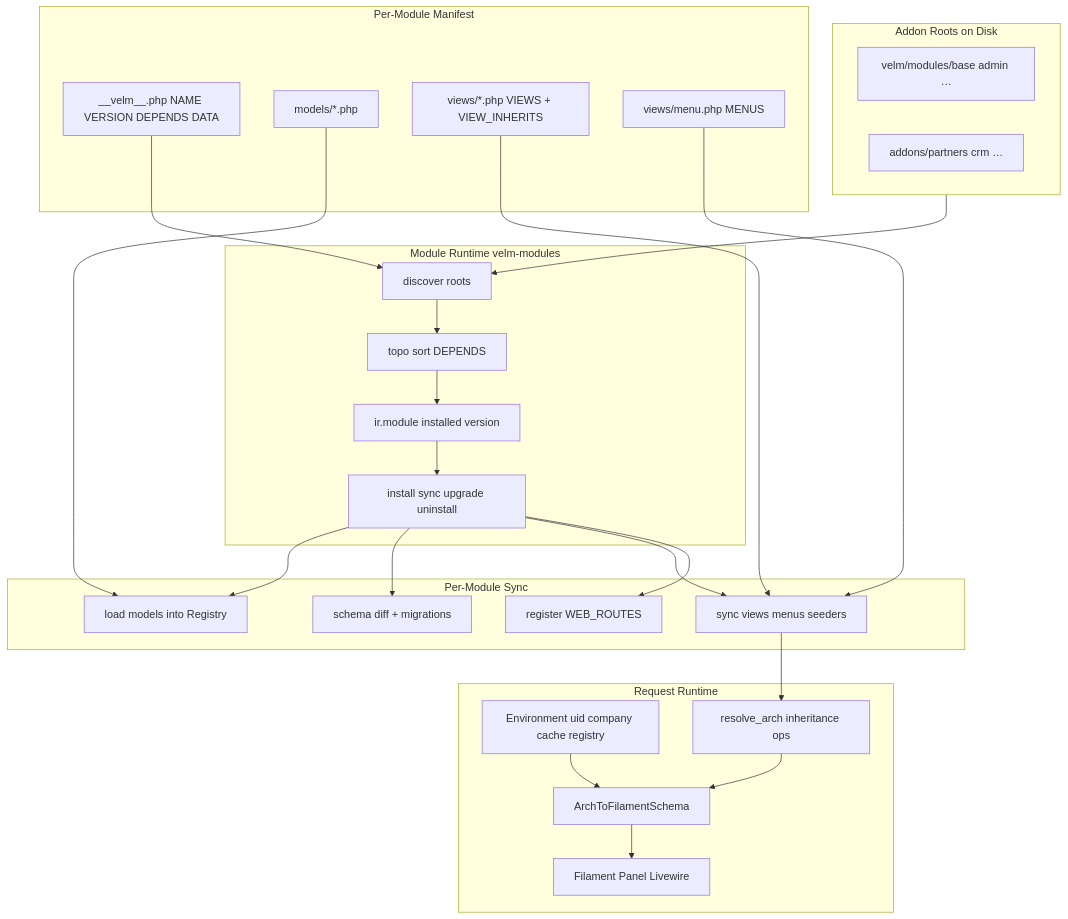
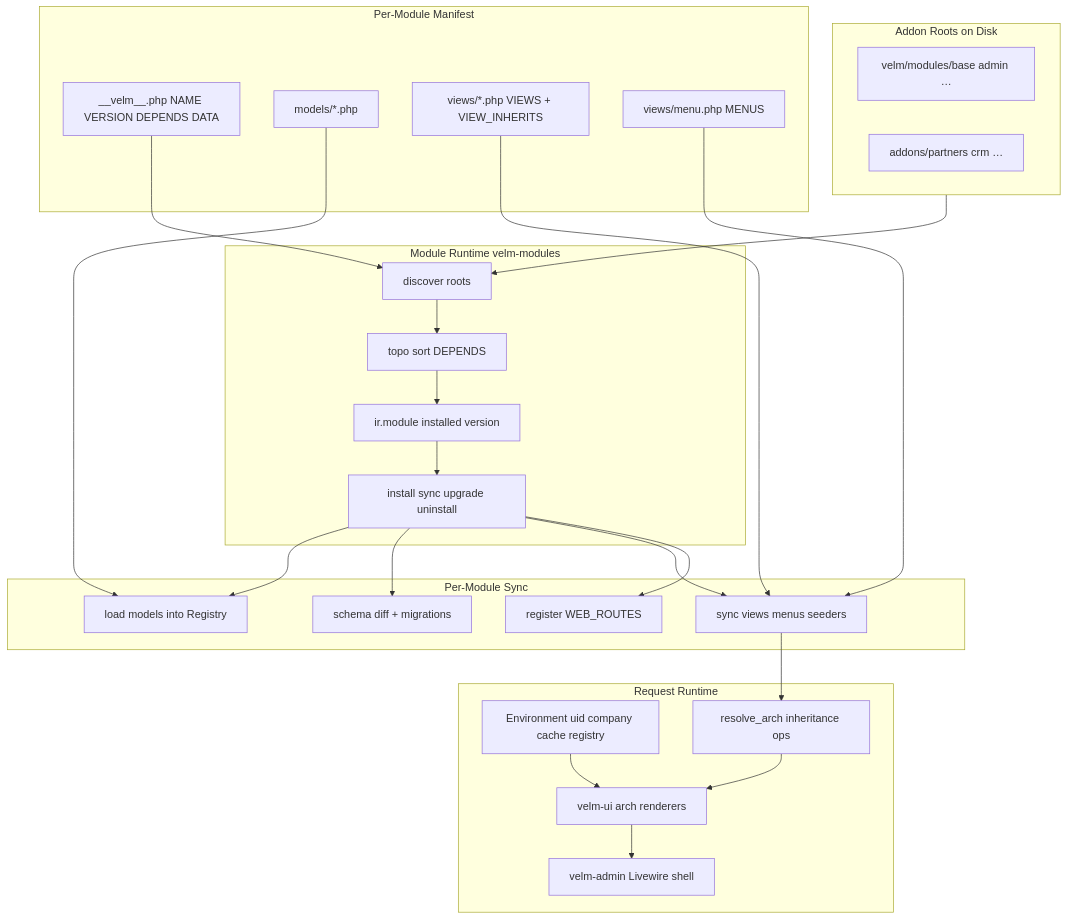
The first of 9 diagrams in PLAN.md (velmphp/velm), drawn with Mermaid before and after one commit. The commit also changed other lines of this file and 300 other files, not shown here.

First line of the commit message:
Add Velm admin platform: Livewire shell, relational UI, and ops tooling

````diff
--- a/PLAN.md
+++ b/PLAN.md
@@ -58,52 +80,52 @@
 ```mermaid
 flowchart TB
   subgraph addonRoots [Addon Roots on Disk]
     BuiltinMods["velm/modules/base admin …"]
     AppMods["addons/partners crm …"]
   end
 
   subgraph manifest [Per-Module Manifest]
     VelmPHP["__velm__.php NAME VERSION DEPENDS DATA"]
     ModelsPHP["models/*.php"]
     ViewsPHP["views/*.php VIEWS + VIEW_INHERITS"]
     MenusPHP["views/menu.php MENUS"]
   end
 
   subgraph moduleRuntime [Module Runtime velm-modules]
     Discover["discover roots"]
     ResolveOrder["topo sort DEPENDS"]
     IrModule["ir.module installed version"]
     Loader["install sync upgrade uninstall"]
   end
 
   subgraph sync [Per-Module Sync]
     LoadModels["load models into Registry"]
     SchemaApply["schema diff + migrations"]
     SyncData["sync views menus seeders"]
     WebRoutes["register WEB_ROUTES"]
   end
 
   subgraph runtime [Request Runtime]
     Env["Environment uid company cache registry"]
     ResolveArch["resolve_arch inheritance ops"]
-    FilamentBridge["ArchToFilamentSchema"]
-    FilamentUI["Filament Panel Livewire"]
+    LivewireBridge["velm-ui arch renderers"]
+    VelmShell["velm-admin Livewire shell"]
   end
 
   addonRoots --> Discover
   VelmPHP --> Discover
   Discover --> ResolveOrder
   ResolveOrder --> IrModule
   IrModule --> Loader
   Loader --> LoadModels
   Loader --> SchemaApply
   Loader --> SyncData
   Loader --> WebRoutes
   ModelsPHP --> LoadModels
   ViewsPHP --> SyncData
   MenusPHP --> SyncData
   SyncData --> ResolveArch
-  ResolveArch --> FilamentBridge
-  FilamentBridge --> FilamentUI
-  Env --> FilamentBridge
+  ResolveArch --> LivewireBridge
+  LivewireBridge --> VelmShell
+  Env --> LivewireBridge
 ```
````
